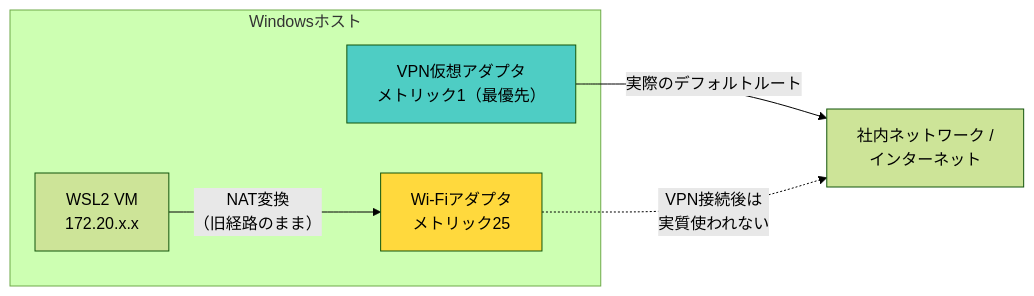
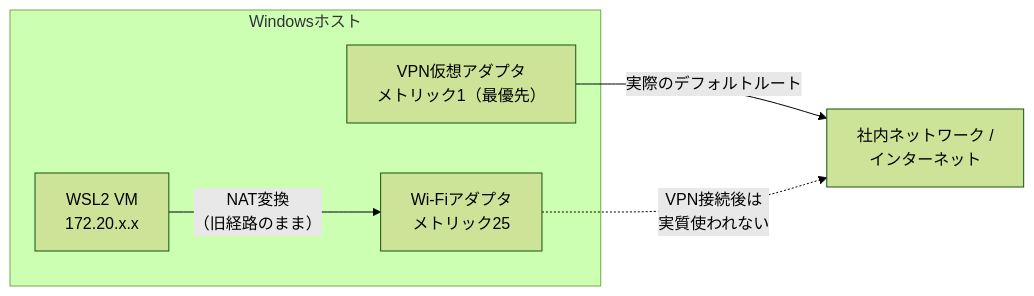
One commit to duwenji/windows-wsl-docker-tutorial changed the first of 2 diagrams in docs/04-networking-deep-dive/03-wsl2-network-modes.md. Above: the diagram before and after it, drawn with Mermaid (forest theme). The commit also changed other lines of this file and 1 other file, not shown here.

First line of the commit message:
docs: reformat tables and simplify mermaid diagram styling

````diff
--- a/docs/04-networking-deep-dive/03-wsl2-network-modes.md
+++ b/docs/04-networking-deep-dive/03-wsl2-network-modes.md
@@ -90,14 +90,11 @@
 ```mermaid
 flowchart LR
     subgraph Host["Windowsホスト"]
         WSL["WSL2 VM<br/>172.20.x.x"]
         WiFi["Wi-Fiアダプタ<br/>メトリック25"]
         VPNAdapter["VPN仮想アダプタ<br/>メトリック1（最優先）"]
     end
     WSL -->|"NAT変換<br/>（旧経路のまま）"| WiFi
     VPNAdapter -->|"実際のデフォルトルート"| Internet["社内ネットワーク /<br/>インターネット"]
     WiFi -.->|"VPN接続後は<br/>実質使われない"| Internet
-
-    style VPNAdapter fill:#4ECDC4
-    style WiFi fill:#FFD93D
 ```
````
